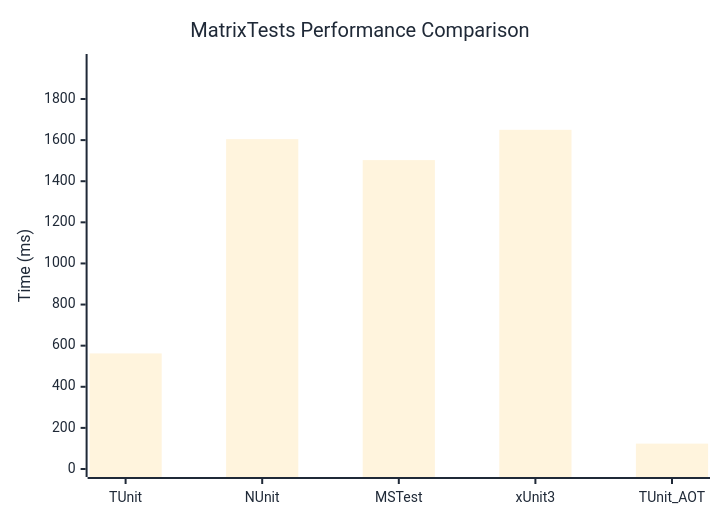
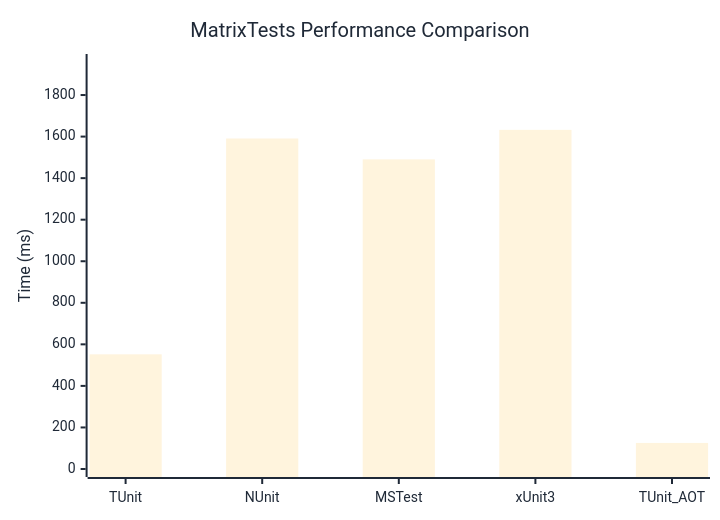
One commit to thomhurst/TUnit changed the diagram in docs/docs/benchmarks/MatrixTests.md. Above: the diagram before and after it, drawn with Mermaid. The commit also changed other lines of this file and 17 other files, not shown here.

````diff
--- a/docs/docs/benchmarks/MatrixTests.md
+++ b/docs/docs/benchmarks/MatrixTests.md
@@ -27,37 +27,37 @@
 ```mermaid
 %%{init: {
   'theme':'base',
   'themeVariables': {
     'primaryColor': '#2563eb',
     'primaryTextColor': '#1f2937',
     'primaryBorderColor': '#1e40af',
     'lineColor': '#6b7280',
     'secondaryColor': '#7c3aed',
     'tertiaryColor': '#dc2626',
     'background': '#ffffff',
     'mainBkg': '#2563eb',
     'secondBkg': '#7c3aed',
     'tertiaryBkg': '#dc2626',
     'clusterBkg': '#f3f4f6',
     'edgeLabelBackground': '#ffffff',
     'tertiaryTextColor': '#1f2937',
     'pie1': '#2563eb',
     'pie2': '#7c3aed',
     'pie3': '#dc2626',
     'pie4': '#f59e0b',
     'pie5': '#10b981',
     'pie6': '#06b6d4',
     'pie7': '#ec4899',
     'pie8': '#6366f1',
     'pie9': '#84cc16',
     'pie10': '#f97316',
     'pie11': '#14b8a6',
     'pie12': '#a855f7'
   }
 }}%%
 xychart-beta
   title "MatrixTests Performance Comparison"
   x-axis ["TUnit", "NUnit", "MSTest", "xUnit3", "TUnit_AOT"]
-  y-axis "Time (ms)" 0 --> 1980
-  bar [562.3, 1604.7, 1502.8, 1650, 123.5]
+  y-axis "Time (ms)" 0 --> 1959
+  bar [551.9, 1590.8, 1490.3, 1632.4, 125.4]
 ```
````
